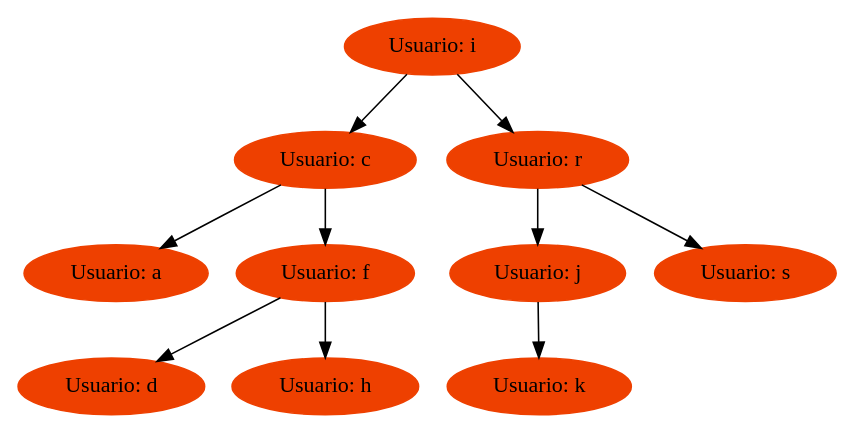
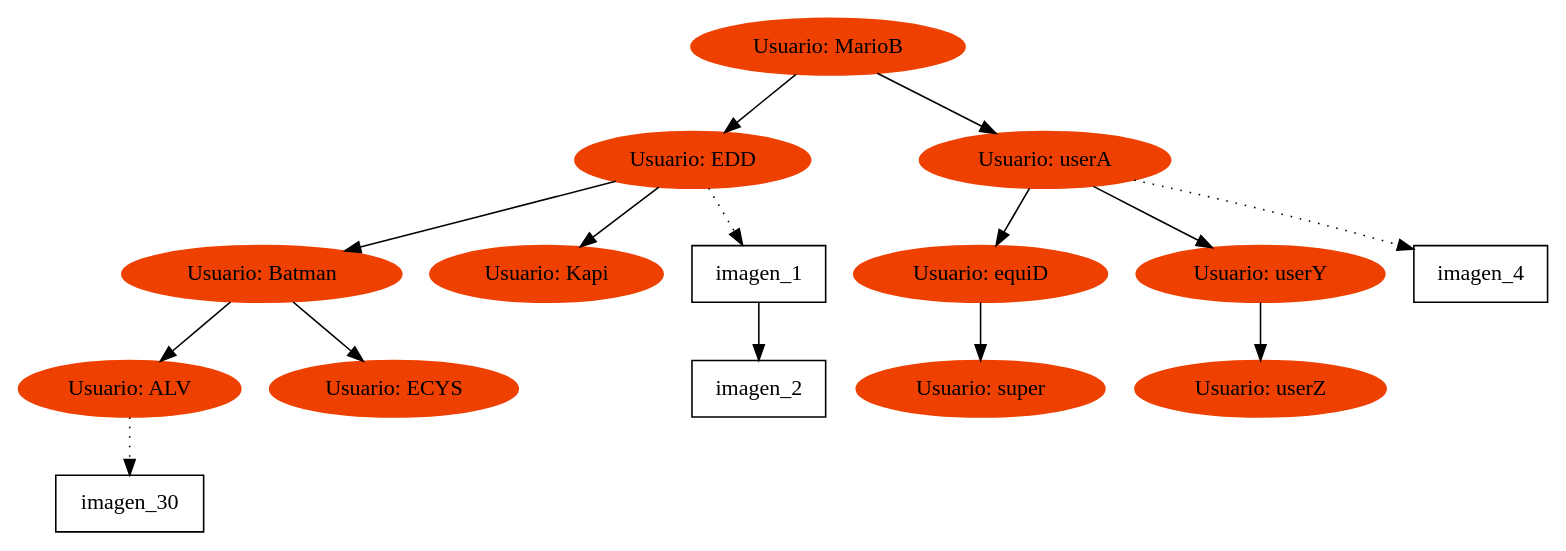
One commit to Cascarus/-EDD-Proyecto1_201603127 changed the diagram in [EDD]Proyecto1_201603127/Arbol_AVL.dot. Above: the diagram before and after it, drawn with Graphviz. The commit also changed 8 other files, not shown here.

```diff
--- a/[EDD]Proyecto1_201603127/Arbol_AVL.dot
+++ b/[EDD]Proyecto1_201603127/Arbol_AVL.dot
@@ -1,32 +1,46 @@
 digraph g{
-	node [style=filled,color=orangered2];
-	Node728276->Node4266587; 
-	Node728276->Node6320501; 
-	Node4266587->Node663410; 
-	Node4266587->Node1877766; 
+	Node4718503->Node5356557; 
+	Node4718503->Node7246478; 
+	Node5356557->Node828263; 
+	Node5356557->Node8486857; 
+	Node5356557->Node1[style=dotted]; 
+	Node1->Node2; 
 
- 	Node663410[label = "Usuario: a"] 
-	Node1877766->Node8520206; 
-	Node1877766->Node5132450; 
+ 	Node1[shape=record,width=.9,height=.5,label = "imagen_1"] 
 
- 	Node8520206[label = "Usuario: d"] 
+ 	Node2[shape=record,width=.9,height=.5,label = "imagen_2"] 
+	Node828263->Node3781122; 
+	Node828263->Node1632638; 
+	Node3781122->Node30[style=dotted]; 
 
- 	Node5132450[label = "Usuario: h"] 
+ 	Node30[shape=record,width=.9,height=.5,label = "imagen_30"] 
 
- 	Node1877766[label = "Usuario: f"] 
+ 	Node3781122[style=filled,color=orangered2,label = "Usuario: ALV"] 
 
- 	Node4266587[label = "Usuario: c"] 
-	Node6320501->Node5166233; 
-	Node6320501->Node1551637; 
-	Node5166233->Node8614026; 
+ 	Node1632638[style=filled,color=orangered2,label = "Usuario: ECYS"] 
 
- 	Node8614026[label = "Usuario: k"] 
+ 	Node828263[style=filled,color=orangered2,label = "Usuario: Batman"] 
 
- 	Node5166233[label = "Usuario: j"] 
+ 	Node8486857[style=filled,color=orangered2,label = "Usuario: Kapi"] 
 
- 	Node1551637[label = "Usuario: s"] 
+ 	Node5356557[style=filled,color=orangered2,label = "Usuario: EDD"] 
+	Node7246478->Node7778244; 
+	Node7246478->Node6277155; 
+	Node7246478->Node4[style=dotted]; 
 
- 	Node6320501[label = "Usuario: r"] 
+ 	Node4[shape=record,width=.9,height=.5,label = "imagen_4"] 
+	Node7778244->Node6722320; 
 
- 	Node728276[label = "Usuario: i"] 
+ 	Node6722320[style=filled,color=orangered2,label = "Usuario: super"] 
+
+ 	Node7778244[style=filled,color=orangered2,label = "Usuario: equiD"] 
+	Node6277155->Node4072473; 
+
+ 	Node4072473[style=filled,color=orangered2,label = "Usuario: userZ"] 
+
+ 	Node6277155[style=filled,color=orangered2,label = "Usuario: userY"] 
+
+ 	Node7246478[style=filled,color=orangered2,label = "Usuario: userA"] 
+
+ 	Node4718503[style=filled,color=orangered2,label = "Usuario: MarioB"] 
 }
```
